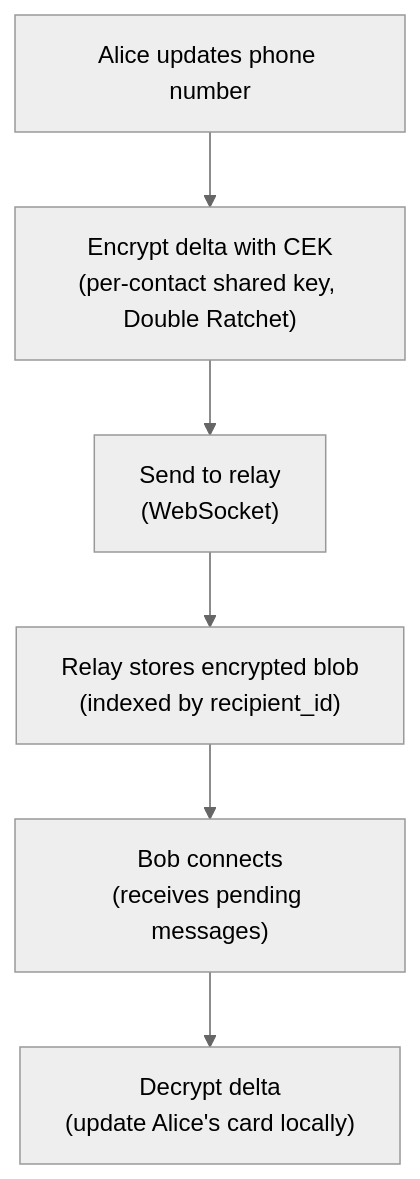
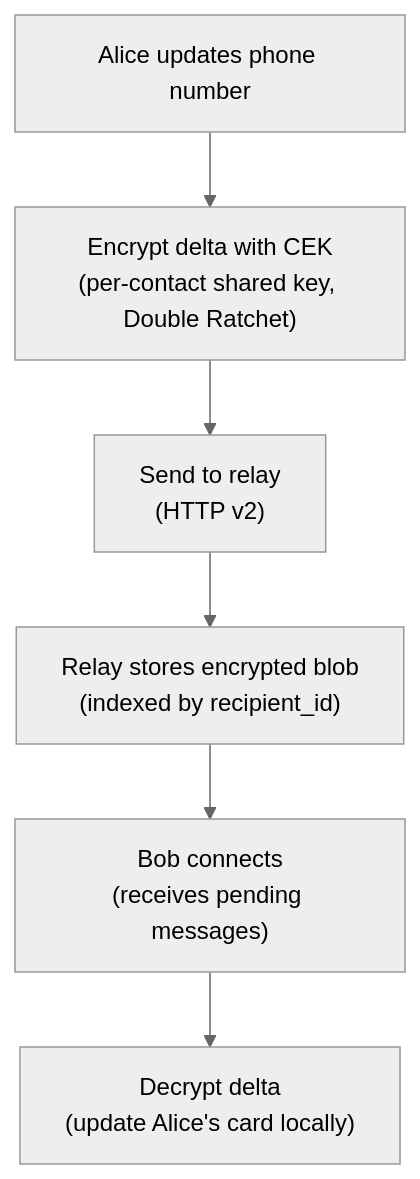
The fourth of 6 diagrams in src/developers/architecture.md (vauchi/docs), drawn with Mermaid (neutral theme) before and after one commit. The commit also changed other lines of this file and 10 other files, not shown here.

````diff
--- a/src/developers/architecture.md
+++ b/src/developers/architecture.md
@@ -166,10 +166,10 @@
 ```mermaid
 flowchart TB
     Update["Alice updates phone number"]
     Encrypt["Encrypt delta with CEK<br/>(per-contact shared key, Double Ratchet)"]
-    Send["Send to relay<br/>(WebSocket)"]
+    Send["Send to relay<br/>(HTTP v2)"]
     Store["Relay stores encrypted blob<br/>(indexed by recipient_id)"]
     Bob["Bob connects<br/>(receives pending messages)"]
     Decrypt["Decrypt delta<br/>(update Alice's card locally)"]
     Update --> Encrypt --> Send --> Store --> Bob --> Decrypt
 ```
````
